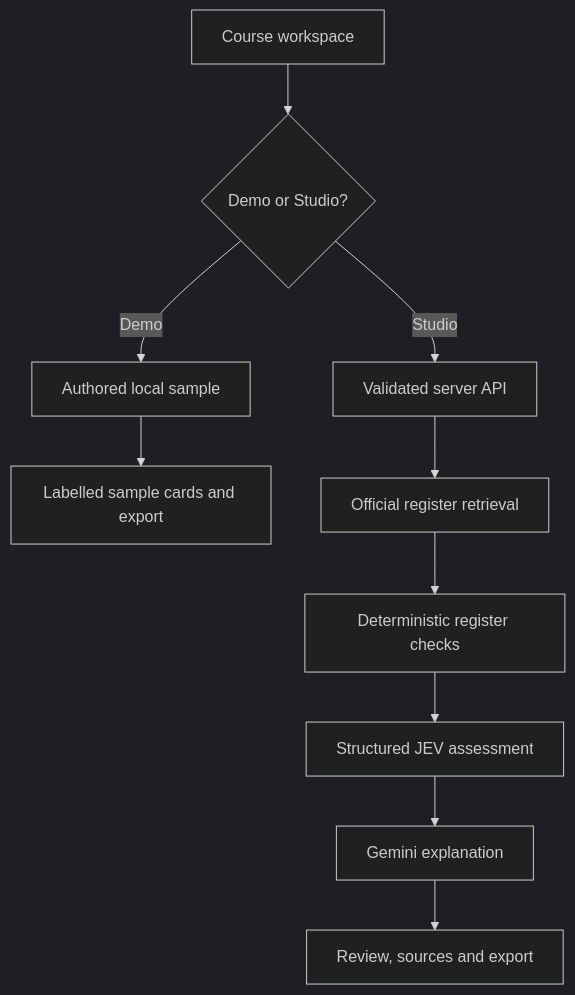
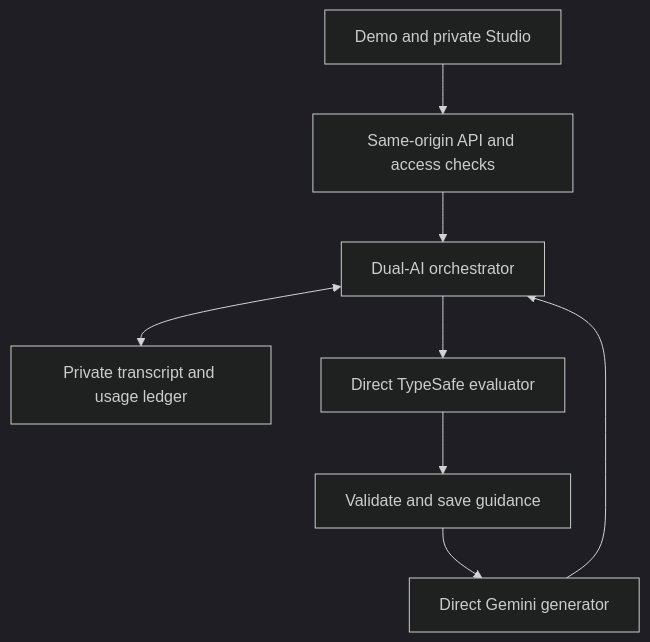
Before and after one commit to mrbrave/edu-nomad-compass: the diagram in PLATFORM.md, drawn with Mermaid (dark theme). The commit also changed other lines of this file and 71 other files, not shown here.

Commit message:
Implement direct-provider Studio with durable operations and usage ledger

````diff
--- a/PLATFORM.md
+++ b/PLATFORM.md
@@ -52,12 +34,10 @@
 ```mermaid
-flowchart TD
-    UI["Course workspace"] --> Mode{"Demo or Studio?"}
-    Mode -->|Demo| Sample["Authored local sample"]
-    Sample --> Cards["Labelled sample cards and export"]
-    Mode -->|Studio| API["Validated server API"]
-    API --> Register["Official register retrieval"]
-    Register --> Rules["Deterministic register checks"]
-    Rules --> JEV["Structured JEV assessment"]
-    JEV --> Explain["Gemini explanation"]
-    Explain --> Result["Review, sources and export"]
+flowchart TB
+    UI["Demo and private Studio"] --> API["Same-origin API and access checks"]
+    API --> CORE["Dual-AI orchestrator"]
+    CORE <--> DB["Private transcript and usage ledger"]
+    CORE --> A["Direct TypeSafe evaluator"]
+    A --> VALID["Validate and save guidance"]
+    VALID --> B["Direct Gemini generator"]
+    B --> CORE
 ```
````
